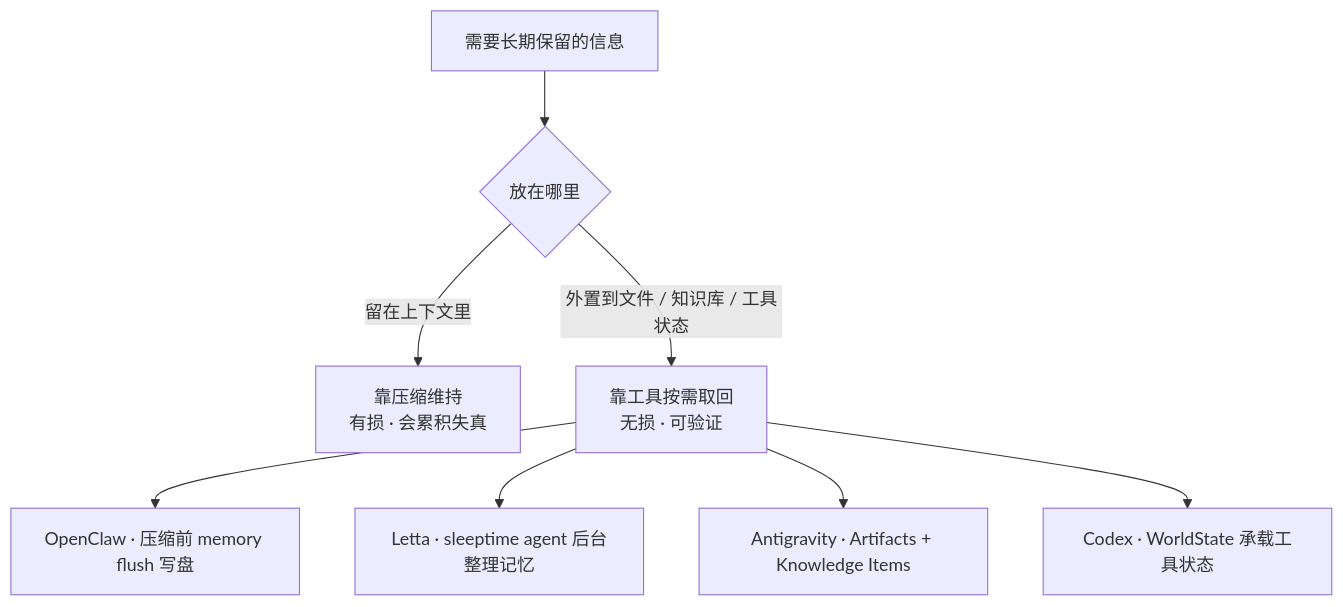
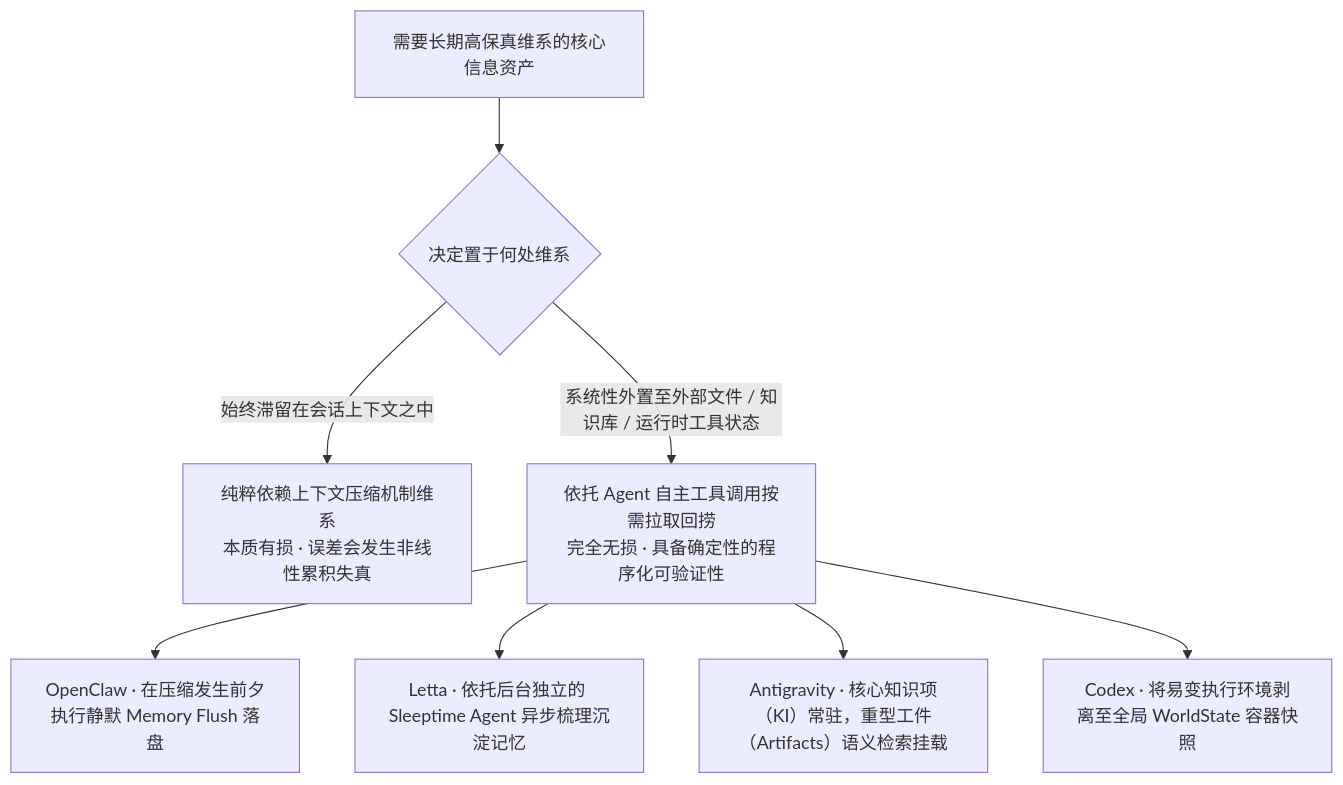
Before and after one commit to caiboyang/ML-learning: the sixth of 19 diagrams in agent-context-compression/Agent_Context_Compression_Research.md, drawn with Mermaid. The commit also changed other lines of this file and 4 other files, not shown here.

````diff
--- a/agent-context-compression/Agent_Context_Compression_Research.md
+++ b/agent-context-compression/Agent_Context_Compression_Research.md
@@ -341,10 +343,10 @@
 ```mermaid
 flowchart TD
-    S["需要长期保留的信息"] --> Q{"放在哪里"}
-    Q -->|"留在上下文里"| A["靠压缩维持<br/>有损 · 会累积失真"]
-    Q -->|"外置到文件 / 知识库 / 工具状态"| B["靠工具按需取回<br/>无损 · 可验证"]
-    B --> B1["OpenClaw · 压缩前 memory flush 写盘"]
-    B --> B2["Letta · sleeptime agent 后台整理记忆"]
-    B --> B3["Antigravity · Artifacts + Knowledge Items"]
-    B --> B4["Codex · WorldState 承载工具状态"]
+    S["需要长期高保真维系的核心信息资产"] --> Q{"决定置于何处维系"}
+    Q -->|"始终滞留在会话上下文之中"| A["纯粹依赖上下文压缩机制维系<br/>本质有损 · 误差会发生非线性累积失真"]
+    Q -->|"系统性外置至外部文件 / 知识库 / 运行时工具状态"| B["依托 Agent 自主工具调用按需拉取回捞<br/>完全无损 · 具备确定性的程序化可验证性"]
+    B --> B1["OpenClaw · 在压缩发生前夕执行静默 Memory Flush 落盘"]
+    B --> B2["Letta · 依托后台独立的 Sleeptime Agent 异步梳理沉淀记忆"]
+    B --> B3["Antigravity · 核心知识项（KI）常驻，重型工件（Artifacts）语义检索挂载"]
+    B --> B4["Codex · 将易变执行环境剥离至全局 WorldState 容器快照"]
 ```
````
